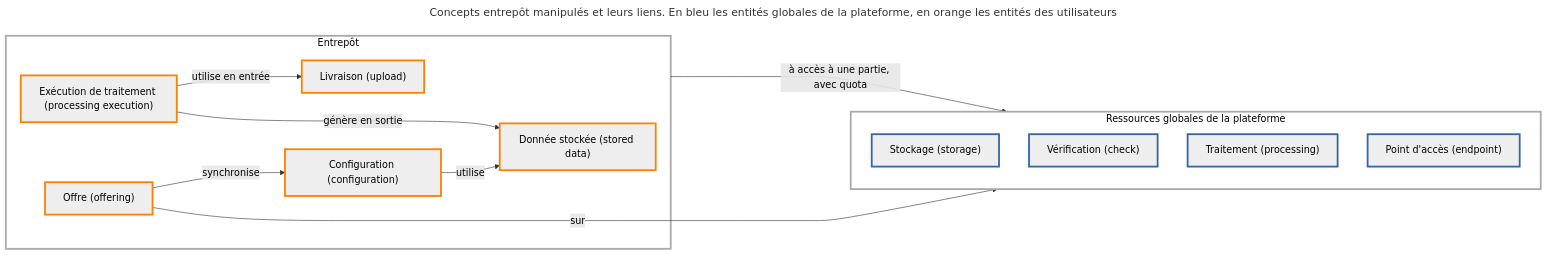
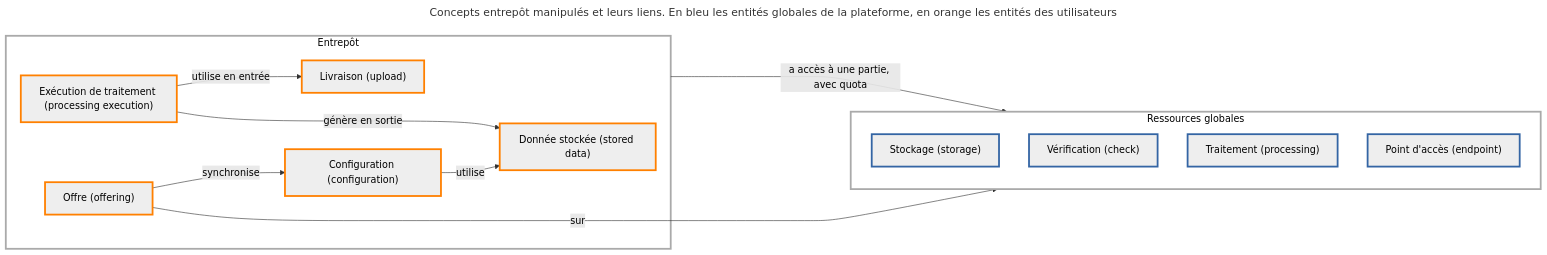
One commit to IGNF/cartes.gouv.fr-documentation changed the second of 2 diagrams in content/fr/guides-developpeur/tutoriels/gestion-des-donnees-archives/alimentation-diffusion-archive.md. Above: the diagram before and after it, drawn with Mermaid. The commit also changed other lines of this file and 14 other files, not shown here.

````diff
--- a/content/fr/guides-developpeur/tutoriels/gestion-des-donnees-archives/alimentation-diffusion-archive.md
+++ b/content/fr/guides-developpeur/tutoriels/gestion-des-donnees-archives/alimentation-diffusion-archive.md
@@ -54,47 +54,47 @@
 ```mermaid
 ---
 title: Concepts entrepôt manipulés et leurs liens. En bleu les entités globales de la plateforme, en orange les entités des utilisateurs
 ---
 flowchart LR
 
-	subgraph glo[Ressources globales de la plateforme]
+	subgraph glo[Ressources globales]
 
     direction TB
 
         sto["Stockage (storage)"]
         chec["Vérification (check)"]
         proc["Traitement (processing)"]
         endp["Point d'accès (endpoint)"]
     end
     
 	subgraph dat[Entrepôt]
         upl["Livraison (upload)"]
         exe["Exécution de traitement (processing execution)"]
         sd["Donnée stockée (stored data)"]
         con["Configuration (configuration)"]
         off["Offre (offering)"]
 	end
 
-    dat -- à accès à une partie, avec quota ----> glo
+    dat -- a accès à une partie, avec quota ----> glo
 
     exe -- utilise en entrée --> upl
     exe -- génère en sortie --> sd
     con -- utilise --> sd
     off -- synchronise --> con
     off -- sur --> endp
 
     classDef group fill:#fff,stroke:#aaa,stroke-width:3px,color:#000;
     classDef indiv fill:#eee,stroke:#ff8000,stroke-width:3px,color:#000;
 	classDef global fill:#eee,stroke:#3465a4,stroke-width:3px,color:#000;
 
     class dat,glo group
     class upl,sd,exe,con,off indiv
     class sto,chec,proc,endp global
 
     linkStyle 0 color:#000
     linkStyle 1 color:#000
     linkStyle 2 color:#000
     linkStyle 3 color:#000
     linkStyle 4 color:#000
     linkStyle 5 color:#000
 ```
````
